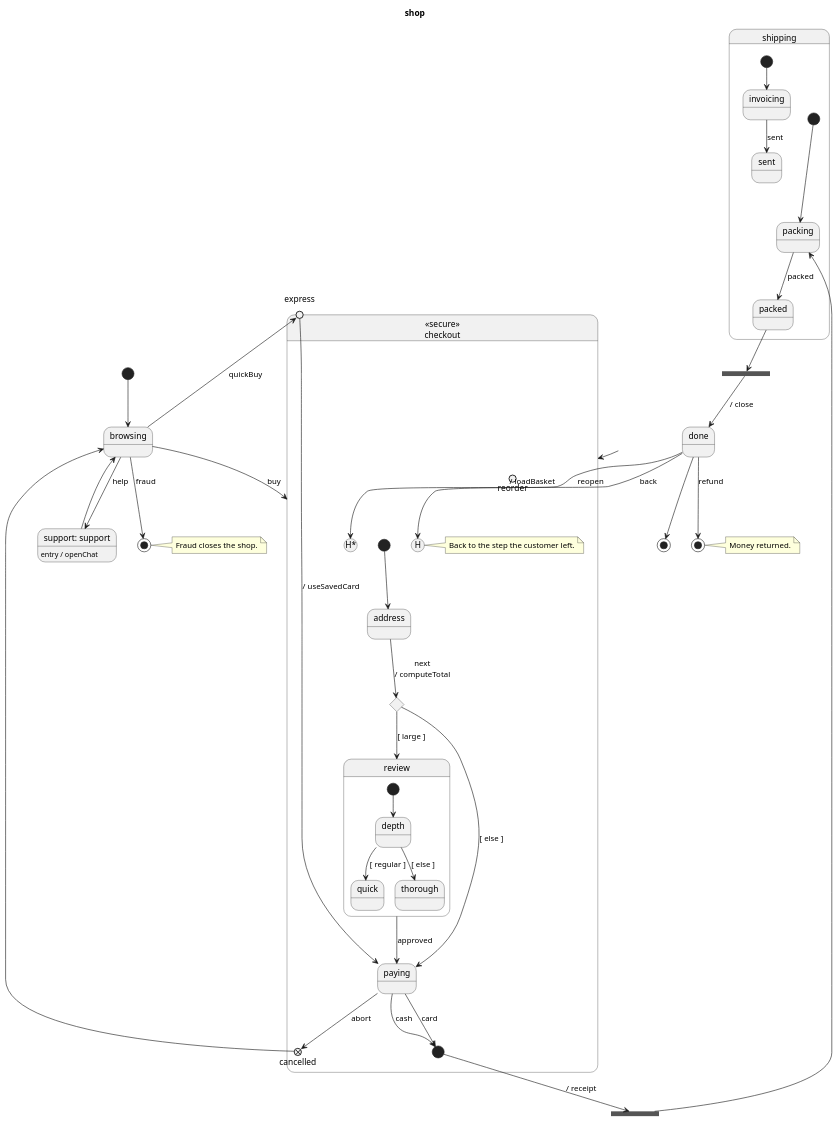
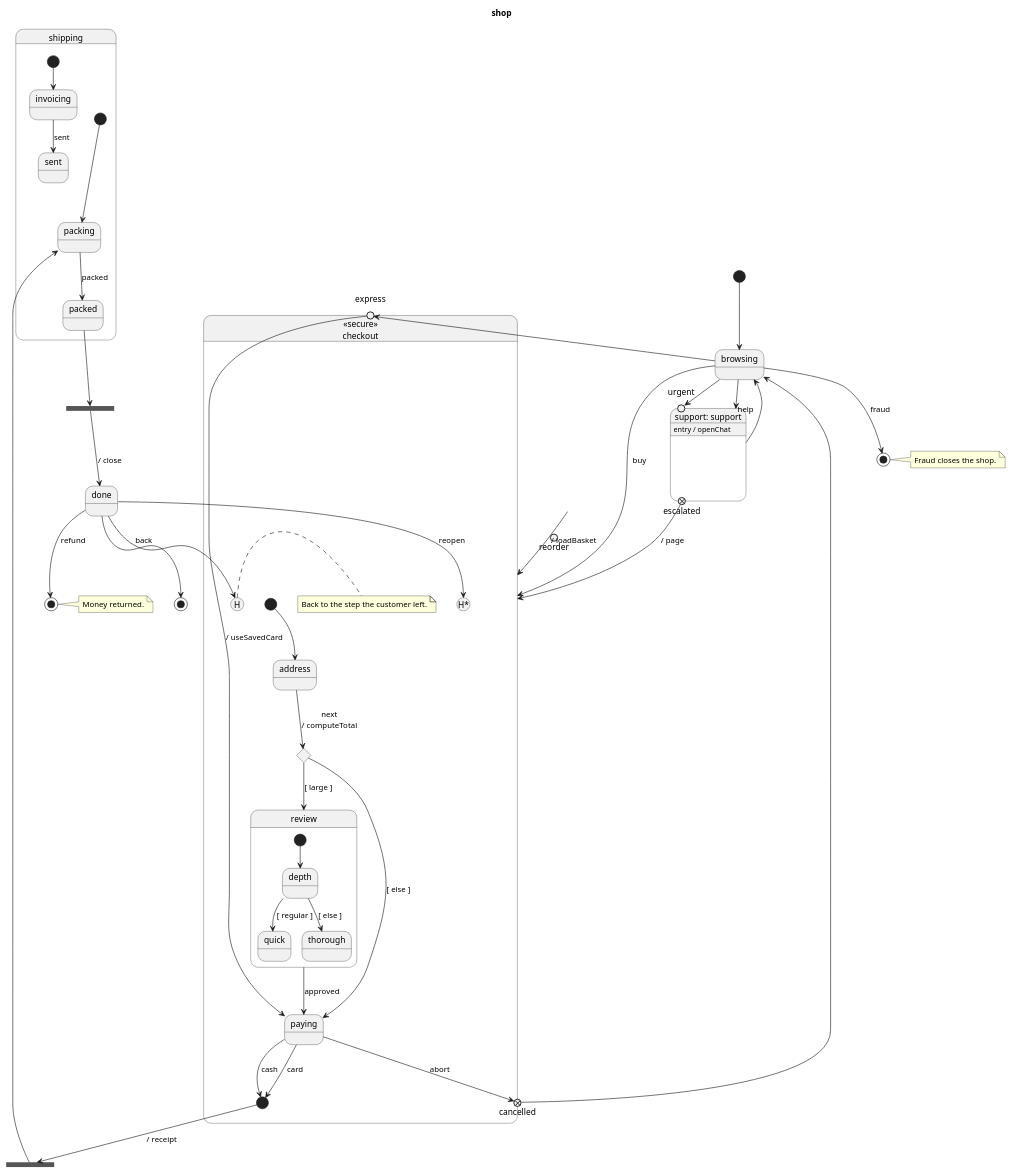
The diagram in example/shop.puml (vincedupuis/transplantUML), drawn with PlantUML before and after one commit. The commit also changed 15 other files, not shown here.

First line of the commit message:
Reference a submachine's entry and exit points

```diff
--- a/example/shop.puml
+++ b/example/shop.puml
@@ -1,70 +1,75 @@
 @startuml
 title shop
 [*] --> browsing
 state reorder <<entryPoint>>
 state browsing
-state "support: support" as support
+state "support: support" as support {
+    state urgent <<entryPoint>>
+    state escalated <<exitPoint>>
+}
 support : entry / openChat
 state "«secure»\ncheckout" as checkout <<secure>> {
     [*] --> address
     state express <<entryPoint>>
     state cancelled <<exitPoint>>
     state "checkout.H" as checkout_H <<history>>
     note right of checkout_H : Back to the step the customer left.
     state address
     state route <<choice>>
     state review {
         [*] --> depth
         state depth <<choice>>
         state quick
         state thorough
         depth --> quick: [ regular ]
         depth --> thorough: [ else ]
     }
     state paying
     state paid <<start>>
     state "checkout.H-deep" as checkout_H_deep <<history*>>
     express --> paying: / useSavedCard
     address --> route: next\n/ computeTotal
     route --> review: [ large ]
     route --> paying: [ else ]
     review --> paying: approved
     paying --> paid: cash
     paying --> paid: card
     paying --> cancelled: abort
 }
 state split <<fork>>
 state shipping {
     [*] --> packing
     state packing
     state packed
     packing --> packed: packed
     --
     [*] --> invoicing
     state invoicing
     state sent
     invoicing --> sent: sent
 }
 state merge <<join>>
 state done
 state refunded <<end>>
 note right of refunded : Money returned.
 state terminate <<end>>
 note right of terminate : Fraud closes the shop.
 state final <<end>>
 reorder --> checkout: / loadBasket
 browsing --> checkout: buy
 browsing --> express: quickBuy
 browsing --> terminate: fraud
 browsing --> support: help
+browsing --> urgent: emergency
 support --> browsing
+escalated --> checkout: / page
 cancelled --> browsing
 paid --> split: / receipt
 split --> packing
 packed --> merge
 merge --> done: / close
 done --> checkout_H_deep: reopen
 done --> checkout_H: back
 done --> refunded: refund
 done --> final
 @enduml
```
